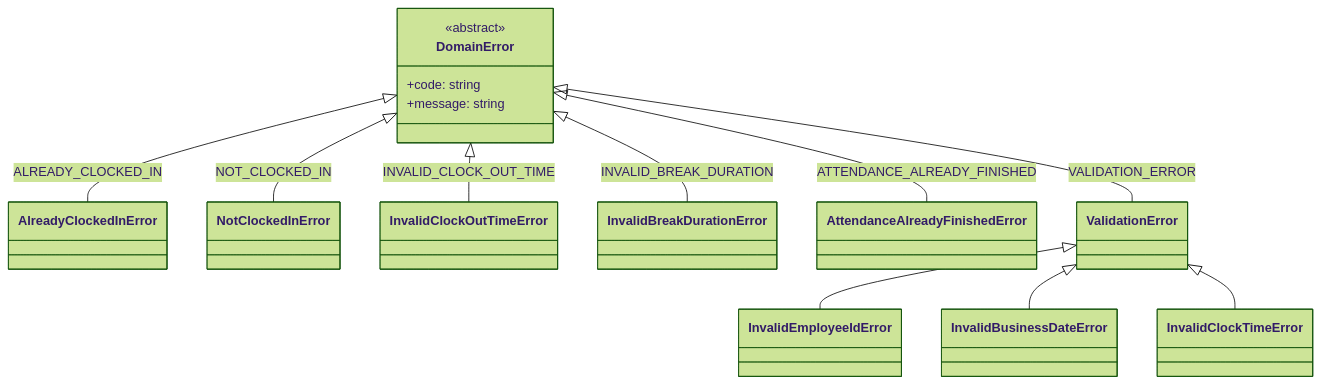
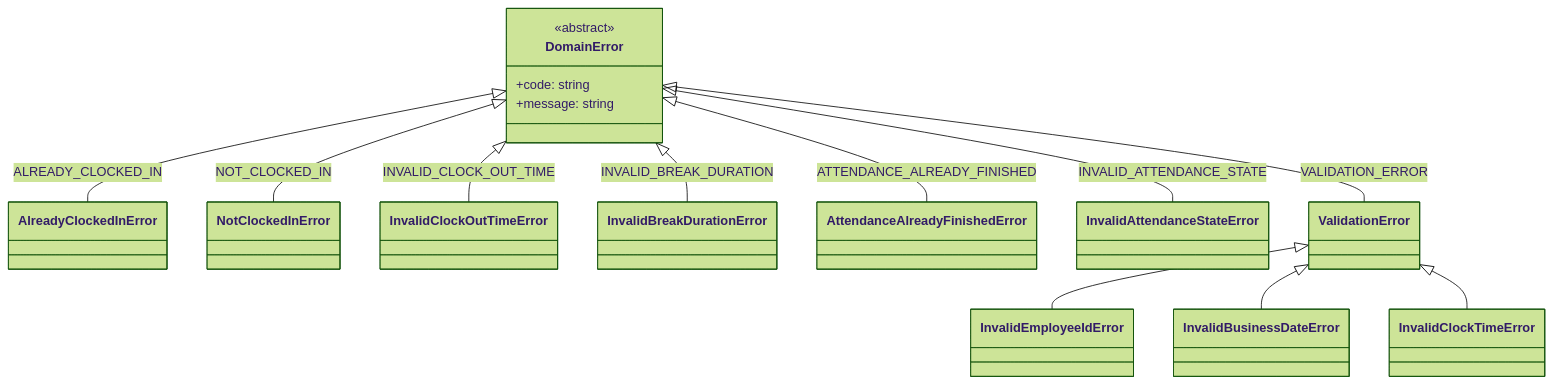
One commit to kohei-san/ai-driven-dev-app-test changed the fifth of 8 diagrams in docs/domain-model.md. Above: the diagram before and after it, drawn with Mermaid (forest theme). The commit also changed other lines of this file and 19 other files, not shown here.

````diff
--- a/docs/domain-model.md
+++ b/docs/domain-model.md
@@ -298,17 +298,18 @@
 ```mermaid
 classDiagram
     class DomainError {
         <<abstract>>
         +code: string
         +message: string
     }
     DomainError <|-- AlreadyClockedInError : ALREADY_CLOCKED_IN
     DomainError <|-- NotClockedInError : NOT_CLOCKED_IN
     DomainError <|-- InvalidClockOutTimeError : INVALID_CLOCK_OUT_TIME
     DomainError <|-- InvalidBreakDurationError : INVALID_BREAK_DURATION
     DomainError <|-- AttendanceAlreadyFinishedError : ATTENDANCE_ALREADY_FINISHED
+    DomainError <|-- InvalidAttendanceStateError : INVALID_ATTENDANCE_STATE
     DomainError <|-- ValidationError : VALIDATION_ERROR
     ValidationError <|-- InvalidEmployeeIdError
     ValidationError <|-- InvalidBusinessDateError
     ValidationError <|-- InvalidClockTimeError
 ```
````
